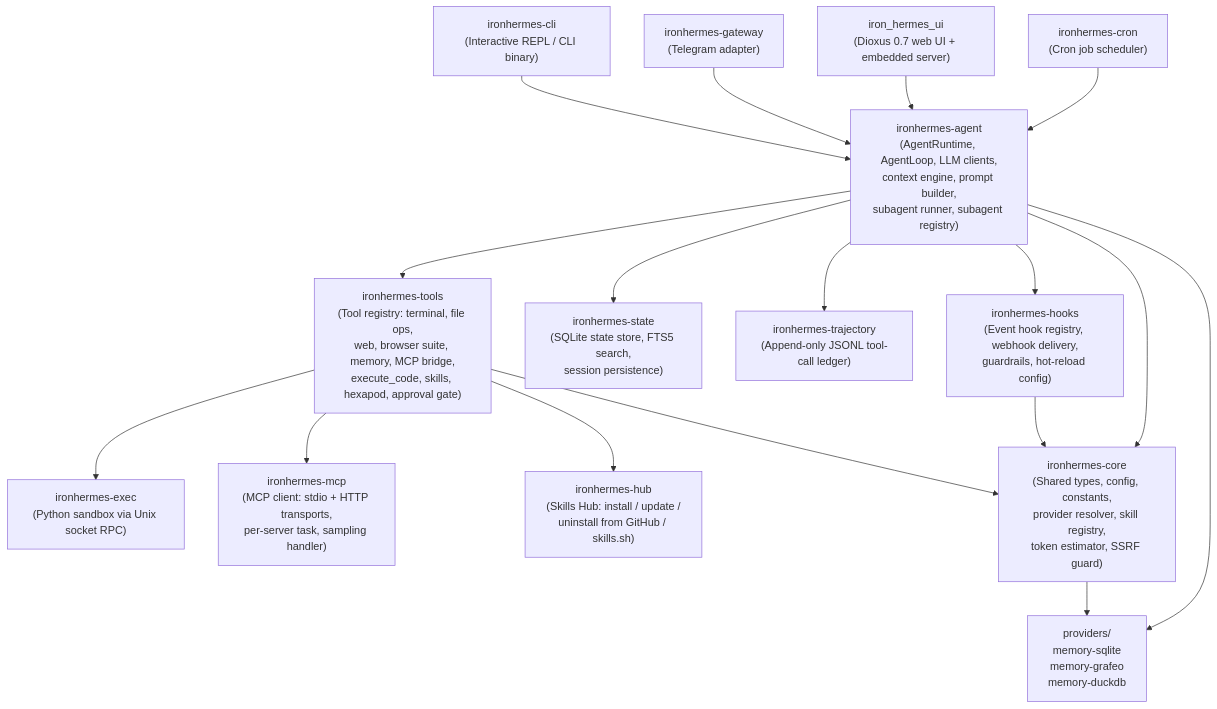
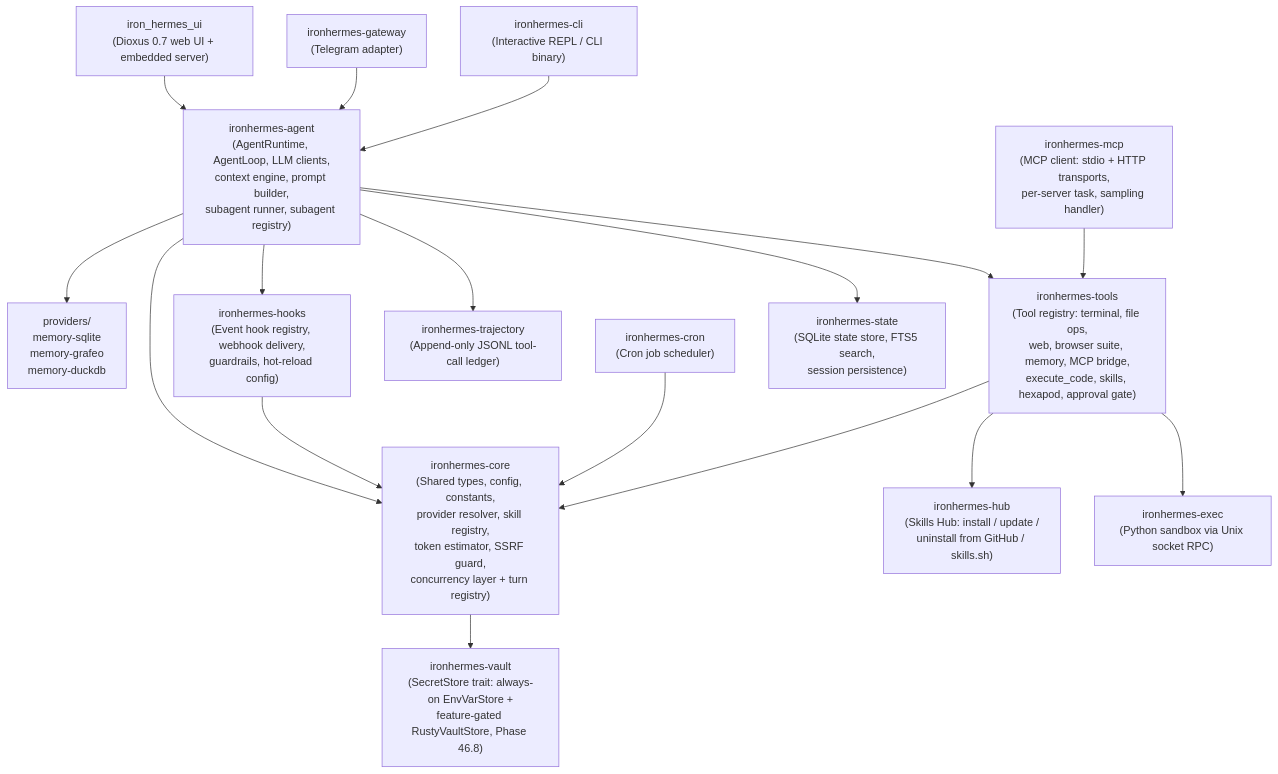
Before and after one commit to bradwilson331/iron-hermes: the diagram in docs/ARCHITECTURE.md, drawn with Mermaid. The commit also changed other lines of this file and 917 other files, not shown here.

````diff
--- a/docs/ARCHITECTURE.md
+++ b/docs/ARCHITECTURE.md
@@ -12,48 +12,50 @@
 ```mermaid
 graph TD
     CLI["ironhermes-cli\n(Interactive REPL / CLI binary)"]
     GW["ironhermes-gateway\n(Telegram adapter)"]
     UI["iron_hermes_ui\n(Dioxus 0.7 web UI + embedded server)"]
 
     AGENT["ironhermes-agent\n(AgentRuntime, AgentLoop, LLM clients,\ncontext engine, prompt builder,\nsubagent runner, subagent registry)"]
 
     TOOLS["ironhermes-tools\n(Tool registry: terminal, file ops,\nweb, browser suite, memory, MCP bridge,\nexecute_code, skills, hexapod, approval gate)"]
 
-    CORE["ironhermes-core\n(Shared types, config, constants,\nprovider resolver, skill registry,\ntoken estimator, SSRF guard)"]
+    CORE["ironhermes-core\n(Shared types, config, constants,\nprovider resolver, skill registry,\ntoken estimator, SSRF guard,\nconcurrency layer + turn registry)"]
 
     STATE["ironhermes-state\n(SQLite state store, FTS5 search,\nsession persistence)"]
 
     TRAJ["ironhermes-trajectory\n(Append-only JSONL tool-call ledger)"]
 
     HOOKS["ironhermes-hooks\n(Event hook registry, webhook delivery,\nguardrails, hot-reload config)"]
 
     EXEC["ironhermes-exec\n(Python sandbox via Unix socket RPC)"]
 
     HUB["ironhermes-hub\n(Skills Hub: install / update /\nuninstall from GitHub / skills.sh)"]
 
     MCP["ironhermes-mcp\n(MCP client: stdio + HTTP transports,\nper-server task, sampling handler)"]
 
     CRON["ironhermes-cron\n(Cron job scheduler)"]
 
     MEM["providers/\nmemory-sqlite\nmemory-grafeo\nmemory-duckdb"]
 
+    VAULT["ironhermes-vault\n(SecretStore trait: always-on EnvVarStore +\nfeature-gated RustyVaultStore, Phase 46.8)"]
+
     CLI --> AGENT
     GW  --> AGENT
     UI  --> AGENT
 
     AGENT --> TOOLS
     AGENT --> STATE
     AGENT --> TRAJ
     AGENT --> HOOKS
     AGENT --> CORE
 
     TOOLS --> EXEC
-    TOOLS --> MCP
+    MCP   --> TOOLS
     TOOLS --> HUB
     TOOLS --> CORE
 
     AGENT --> MEM
     HOOKS --> CORE
-    CRON  --> AGENT
-    CORE  --> MEM
+    CRON  --> CORE
+    CORE  --> VAULT
 ```
````
